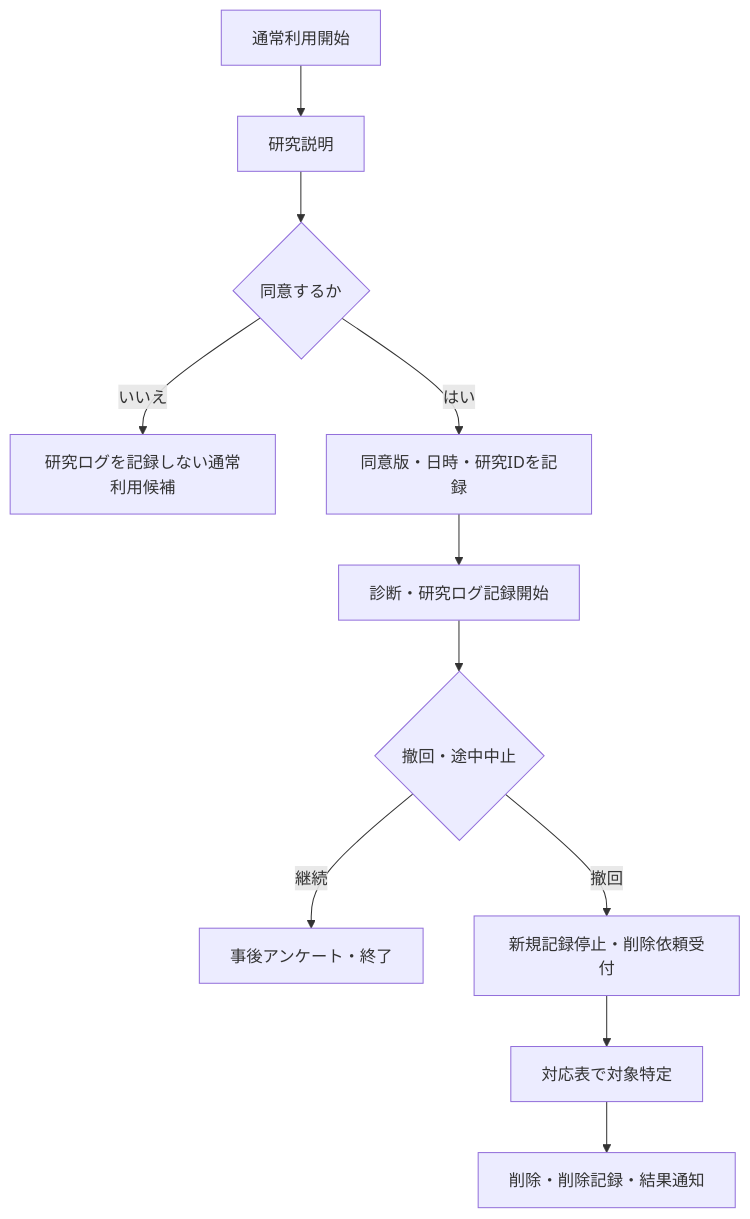
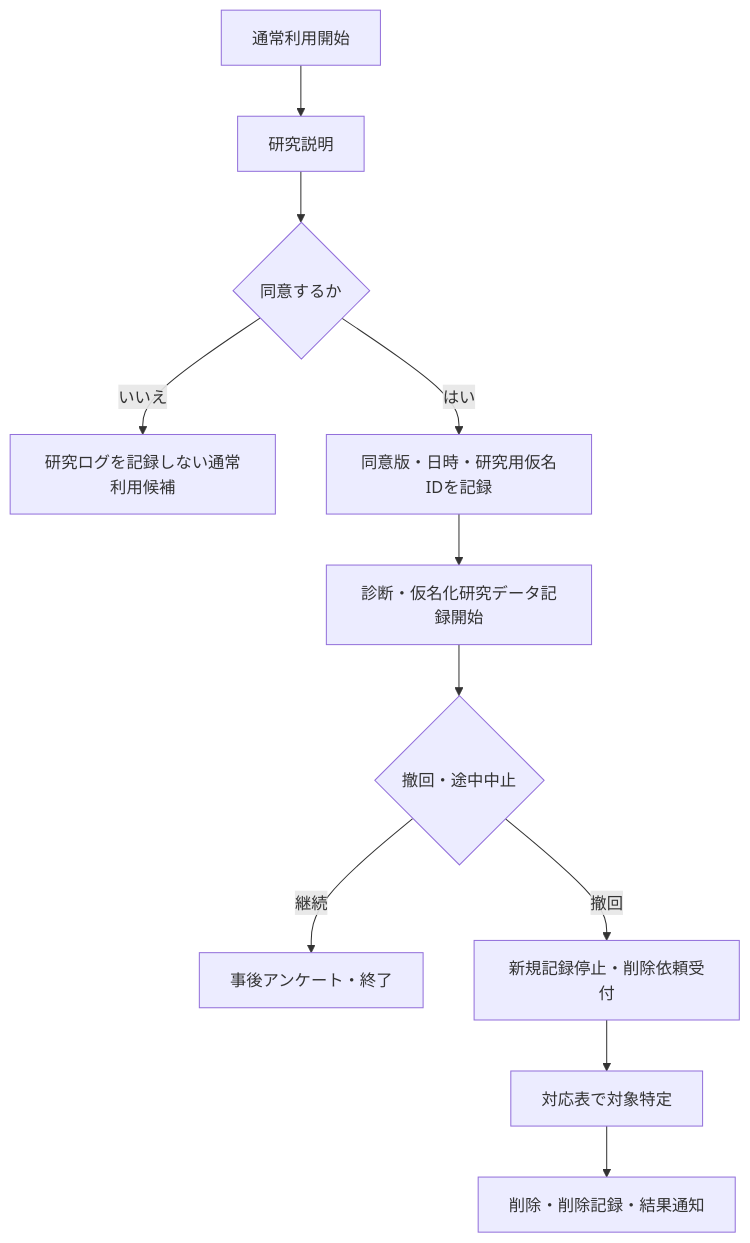
One commit to kai02221514/Weblearningtool changed the second of 2 diagrams in docs/operations/research-data-management.md. Above: the diagram before and after it, drawn with Mermaid. The commit also changed other lines of this file and 3 other files, not shown here.

````diff
--- a/docs/operations/research-data-management.md
+++ b/docs/operations/research-data-management.md
@@ -144,13 +181,13 @@
 ```mermaid
 flowchart TD
   A["通常利用開始"] --> B["研究説明"]
   B --> C{"同意するか"}
   C -- "いいえ" --> D["研究ログを記録しない通常利用候補"]
-  C -- "はい" --> E["同意版・日時・研究IDを記録"]
-  E --> F["診断・研究ログ記録開始"]
+  C -- "はい" --> E["同意版・日時・研究用仮名IDを記録"]
+  E --> F["診断・仮名化研究データ記録開始"]
   F --> G{"撤回・途中中止"}
   G -- "継続" --> H["事後アンケート・終了"]
   G -- "撤回" --> I["新規記録停止・削除依頼受付"]
   I --> J["対応表で対象特定"]
   J --> K["削除・削除記録・結果通知"]
 ```
````
